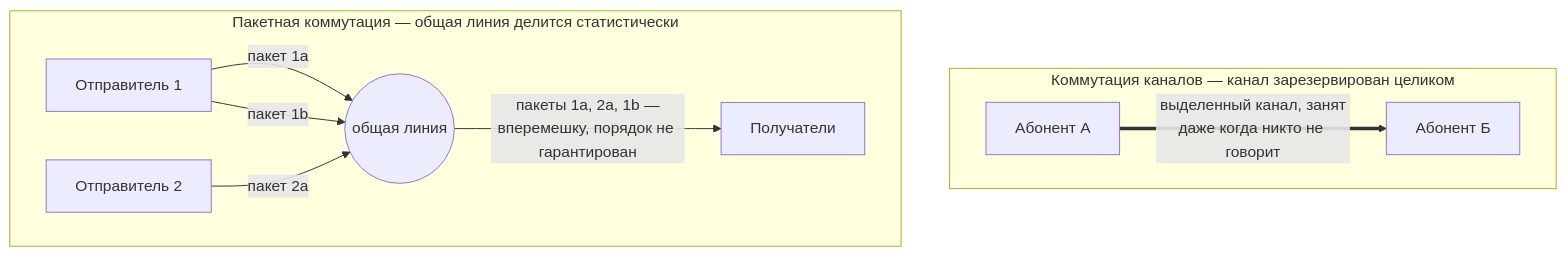
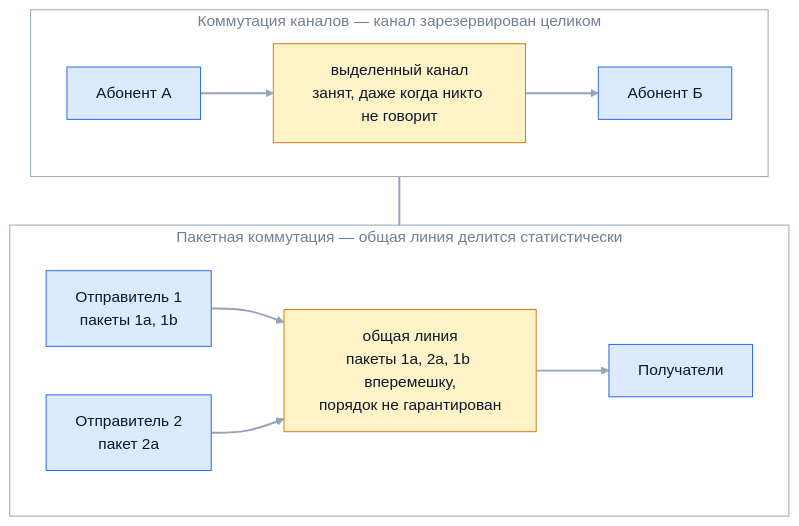
Before and after one commit to bogdan111305/java-senior-roadmap: the first of 2 diagrams in kb/01-fundamentals/03-networking-basics/01-switching-and-osi.md, drawn with Mermaid. The commit also changed other lines of this file and 31 other files, not shown here.

````diff
--- a/kb/01-fundamentals/03-networking-basics/01-switching-and-osi.md
+++ b/kb/01-fundamentals/03-networking-basics/01-switching-and-osi.md
@@ -51,15 +51,25 @@
 ```mermaid
 flowchart TB
     subgraph CS["Коммутация каналов — канал зарезервирован целиком"]
         direction LR
-        A1["Абонент А"] == выделенный канал, занят<br/>даже когда никто не говорит ==> B1["Абонент Б"]
+        A1["Абонент А"] ==> CH["выделенный канал<br/>занят, даже когда никто не говорит"] ==> B1["Абонент Б"]
     end
 
     subgraph PS["Пакетная коммутация — общая линия делится статистически"]
         direction LR
-        P1["Отправитель 1"] -->|пакет 1a| L(("общая линия"))
-        P2["Отправитель 2"] -->|пакет 2a| L
-        P1 -->|пакет 1b| L
-        L -->|пакеты 1a, 2a, 1b —<br/>вперемешку, порядок не гарантирован| R["Получатели"]
+        P1["Отправитель 1<br/>пакеты 1a, 1b"] --> L["общая линия<br/>пакеты 1a, 2a, 1b вперемешку,<br/>порядок не гарантирован"]
+        P2["Отправитель 2<br/>пакет 2a"] --> L
+        L --> R["Получатели"]
     end
+    CS ~~~ PS
+    classDef main fill:#dbeafe,stroke:#2563eb,color:#0f172a
+    classDef accent fill:#fef3c7,stroke:#d97706,color:#0f172a
+    classDef good fill:#dcfce7,stroke:#16a34a,color:#0f172a
+    classDef muted fill:#f1f5f9,stroke:#64748b,color:#0f172a
+    classDef bad fill:#fee2e2,stroke:#dc2626,color:#0f172a
+    class A1,B1,P1,P2,R main
+    class CH,L accent
+    style CS fill:none,stroke:#94a3b8,color:#718096
+    style PS fill:none,stroke:#94a3b8,color:#718096
+    linkStyle default stroke:#94a3b8,stroke-width:2px
 ```
````
